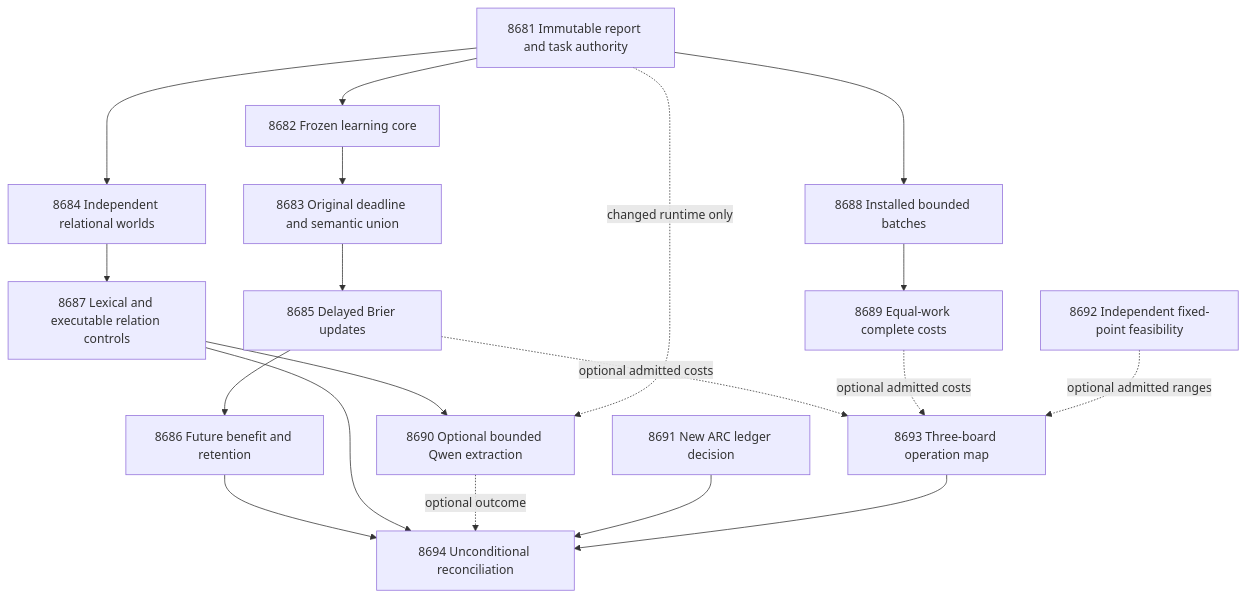
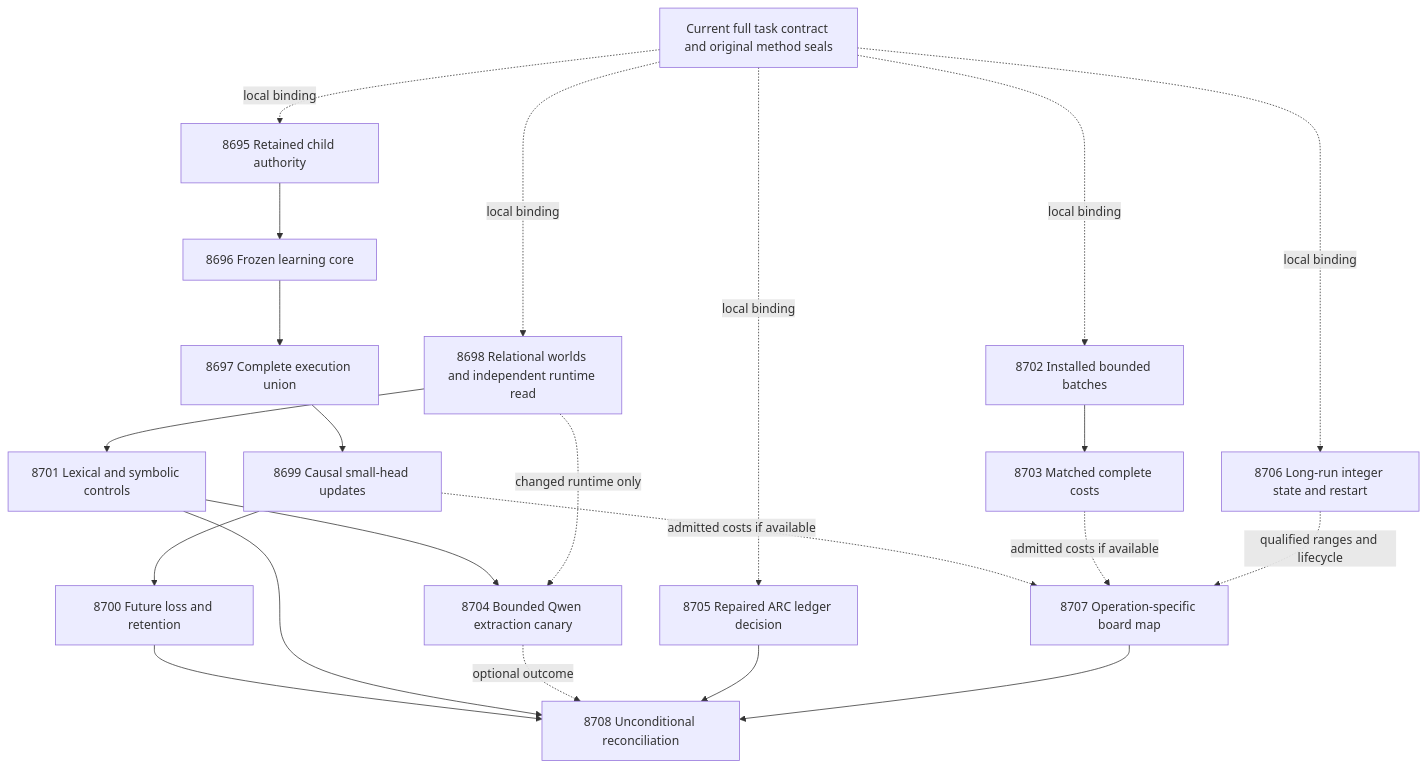
One commit to Carnot-EBM/carnot-ebm changed the diagram in openspec/change-proposals/research-roadmap-vNEXT.md. Above: the diagram before and after it, drawn with Mermaid. The commit also changed other lines of this file and 15 other files, not shown here.

````diff
--- a/openspec/change-proposals/research-roadmap-vNEXT.md
+++ b/openspec/change-proposals/research-roadmap-vNEXT.md
@@ -84,29 +81,35 @@
 ```mermaid
 flowchart TD
-    A[8681 Immutable report and task authority]
-    B[8682 Frozen learning core]
-    C[8683 Original deadline and semantic union]
-    D[8685 Delayed Brier updates]
-    E[8686 Future benefit and retention]
-    F[8684 Independent relational worlds]
-    G[8687 Lexical and executable relation controls]
-    H[8690 Optional bounded Qwen extraction]
-    I[8688 Installed bounded batches]
-    J[8689 Equal-work complete costs]
-    K[8691 New ARC ledger decision]
-    L[8692 Independent fixed-point feasibility]
-    M[8693 Three-board operation map]
-    N[8694 Unconditional reconciliation]
-    A --> B --> C --> D --> E
-    A --> F --> G --> H
-    A --> I --> J
-    A -. changed runtime only .-> H
-    D -. optional admitted costs .-> M
-    J -. optional admitted costs .-> M
-    L -. optional admitted ranges .-> M
-    E --> N
-    G --> N
-    H -. optional outcome .-> N
-    K --> N
-    M --> N
+    C[Current full task contract and original method seals]
+    A[8695 Retained child authority]
+    B[8696 Frozen learning core]
+    D[8697 Complete execution union]
+    L[8699 Causal small-head updates]
+    R[8700 Future loss and retention]
+    W[8698 Relational worlds and independent runtime read]
+    S[8701 Lexical and symbolic controls]
+    Q[8704 Bounded Qwen extraction canary]
+    P[8702 Installed bounded batches]
+    T[8703 Matched complete costs]
+    X[8705 Repaired ARC ledger decision]
+    N[8706 Long-run integer state and restart]
+    H[8707 Operation-specific board map]
+    Z[8708 Unconditional reconciliation]
+    C -. local binding .-> A
+    C -. local binding .-> W
+    C -. local binding .-> P
+    C -. local binding .-> X
+    C -. local binding .-> N
+    A --> B --> D --> L --> R
+    W --> S --> Q
+    W -. changed runtime only .-> Q
+    P --> T
+    L -. admitted costs if available .-> H
+    T -. admitted costs if available .-> H
+    N -. qualified ranges and lifecycle .-> H
+    R --> Z
+    S --> Z
+    Q -. optional outcome .-> Z
+    X --> Z
+    H --> Z
 ```
````
